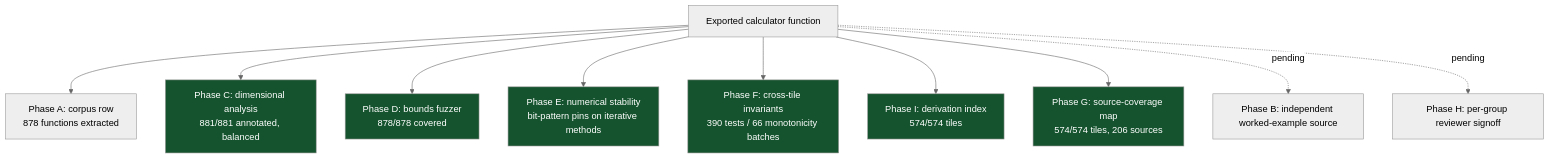
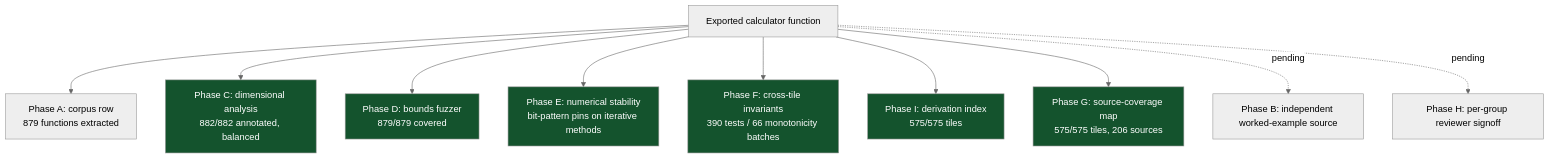
The fourth of 6 diagrams in README.md (clay-good/roughlogic.com), drawn with Mermaid (neutral theme) before and after one commit. The commit also changed other lines of this file and 16 other files, not shown here.

````diff
--- a/README.md
+++ b/README.md
@@ -288,18 +290,18 @@
 ```mermaid
 flowchart TB
-    F[Exported calculator function] --> A[Phase A: corpus row\n878 functions extracted]
-    F --> C[Phase C: dimensional analysis\n881/881 annotated, balanced]
-    F --> D[Phase D: bounds fuzzer\n878/878 covered]
+    F[Exported calculator function] --> A[Phase A: corpus row\n879 functions extracted]
+    F --> C[Phase C: dimensional analysis\n882/882 annotated, balanced]
+    F --> D[Phase D: bounds fuzzer\n879/879 covered]
     F --> E[Phase E: numerical stability\nbit-pattern pins on iterative methods]
     F --> Fa[Phase F: cross-tile invariants\n390 tests / 66 monotonicity batches]
-    F --> I[Phase I: derivation index\n574/574 tiles]
-    F --> G[Phase G: source-coverage map\n574/574 tiles, 206 sources]
+    F --> I[Phase I: derivation index\n575/575 tiles]
+    F --> G[Phase G: source-coverage map\n575/575 tiles, 206 sources]
     F -.pending.-> B[Phase B: independent worked-example source]
     F -.pending.-> H[Phase H: per-group reviewer signoff]
     style C fill:#14532d,color:#fff
     style D fill:#14532d,color:#fff
     style E fill:#14532d,color:#fff
     style Fa fill:#14532d,color:#fff
     style G fill:#14532d,color:#fff
     style I fill:#14532d,color:#fff
 ```
````
